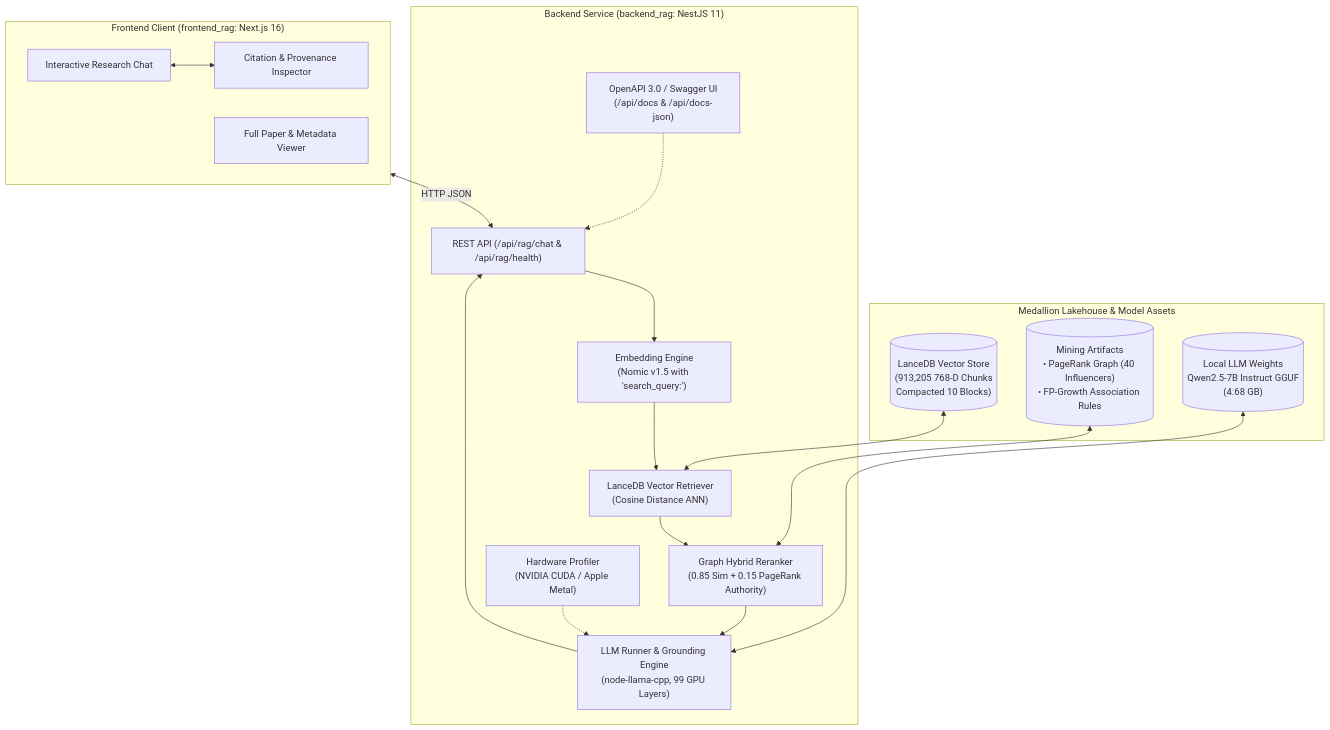
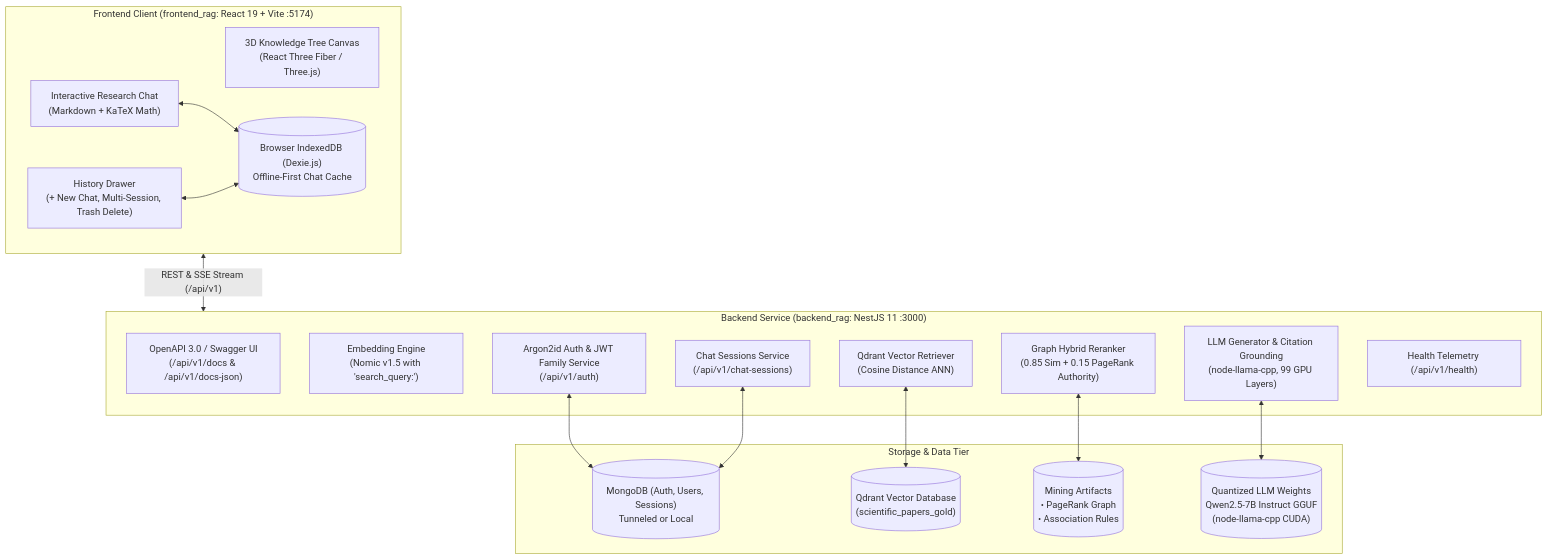
The diagram in README.md (QuangManhAI/RAG_TS), drawn with Mermaid before and after one commit. The commit also changed other lines of this file, not shown here.

````diff
--- a/README.md
+++ b/README.md
@@ -16,35 +18,38 @@
 ```mermaid
 flowchart TD
-    subgraph DATA_TIER["Medallion Lakehouse & Model Assets"]
-        GoldLance[("LanceDB Vector Store\n(913,205 768-D Chunks\nCompacted 10 Blocks)")]
-        GoldMining[("Mining Artifacts\n• PageRank Graph (40 Influencers)\n• FP-Growth Association Rules")]
-        ModelStore[("Local LLM Weights\nQwen2.5-7B Instruct GGUF\n(4.68 GB)")]
+    subgraph DATA_TIER["Storage & Data Tier"]
+        Mongo[("MongoDB (Auth, Users, Sessions)\nTunneled or Local")]
+        Qdrant[("Qdrant Vector Database\n(scientific_papers_gold)")]
+        MiningData[("Mining Artifacts\n• PageRank Graph\n• Association Rules")]
+        LLMWeights[("Quantized LLM Weights\nQwen2.5-7B Instruct GGUF\n(node-llama-cpp CUDA)")]
     end
 
-    subgraph BACKEND["Backend Service (backend_rag: NestJS 11)"]
-        Swagger["OpenAPI 3.0 / Swagger UI\n(/api/docs & /api/docs-json)"]
+    subgraph BACKEND["Backend Service (backend_rag: NestJS 11 :3000)"]
+        Swagger["OpenAPI 3.0 / Swagger UI\n(/api/v1/docs & /api/v1/docs-json)"]
         Embedder["Embedding Engine\n(Nomic v1.5 with 'search_query:')"]
-        Retriever["LanceDB Vector Retriever\n(Cosine Distance ANN)"]
+        Retriever["Qdrant Vector Retriever\n(Cosine Distance ANN)"]
         Reranker["Graph Hybrid Reranker\n(0.85 Sim + 0.15 PageRank Authority)"]
-        GpuDetector["Hardware Profiler\n(NVIDIA CUDA / Apple Metal)"]
-        LLMInference["LLM Runner & Grounding Engine\n(node-llama-cpp, 99 GPU Layers)"]
-        RagController["REST API (/api/rag/chat & /api/rag/health)"]
+        LLMInference["LLM Generator & Citation Grounding\n(node-llama-cpp, 99 GPU Layers)"]
+        AuthModule["Argon2id Auth & JWT Family Service\n(/api/v1/auth)"]
+        SessionModule["Chat Sessions Service\n(/api/v1/chat-sessions)"]
+        HealthModule["Health Telemetry (/api/v1/health)"]
 
-        RagController --> Embedder --> Retriever --> Reranker --> LLMInference --> RagController
-        Swagger -.-> RagController
-        GpuDetector -.-> LLMInference
+        AuthModule <--> Mongo
+        SessionModule <--> Mongo
+        Retriever <--> Qdrant
+        Reranker <--> MiningData
+        LLMInference <--> LLMWeights
     end
 
-    subgraph FRONTEND["Frontend Client (frontend_rag: Next.js 16)"]
-        ChatUI["Interactive Research Chat"]
-        CitationView["Citation & Provenance Inspector"]
-        PaperPreview["Full Paper & Metadata Viewer"]
+    subgraph FRONTEND["Frontend Client (frontend_rag: React 19 + Vite :5174)"]
+        WorldCanvas["3D Knowledge Tree Canvas\n(React Three Fiber / Three.js)"]
+        ChatUI["Interactive Research Chat\n(Markdown + KaTeX Math)"]
+        DexieDB[("Browser IndexedDB (Dexie.js)\nOffline-First Chat Cache")]
+        SessionDrawer["History Drawer\n(+ New Chat, Multi-Session, Trash Delete)"]
 
-        ChatUI <--> CitationView
+        ChatUI <--> DexieDB
+        SessionDrawer <--> DexieDB
     end
 
-    GoldLance <--> Retriever
-    GoldMining <--> Reranker
-    ModelStore <--> LLMInference
-    FRONTEND <-->|"HTTP JSON"| RagController
+    FRONTEND <-->|"REST & SSE Stream (/api/v1)"| BACKEND
 ```
````
